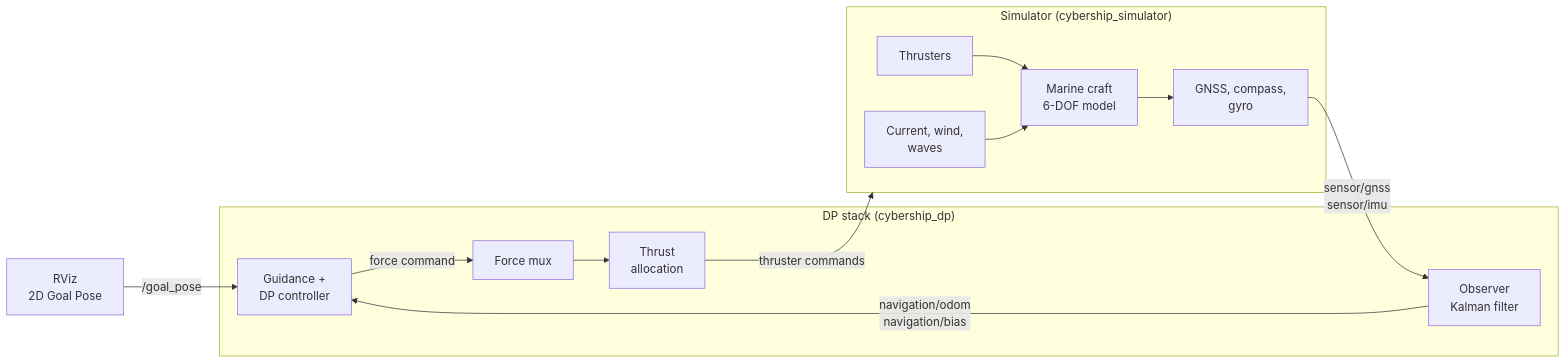
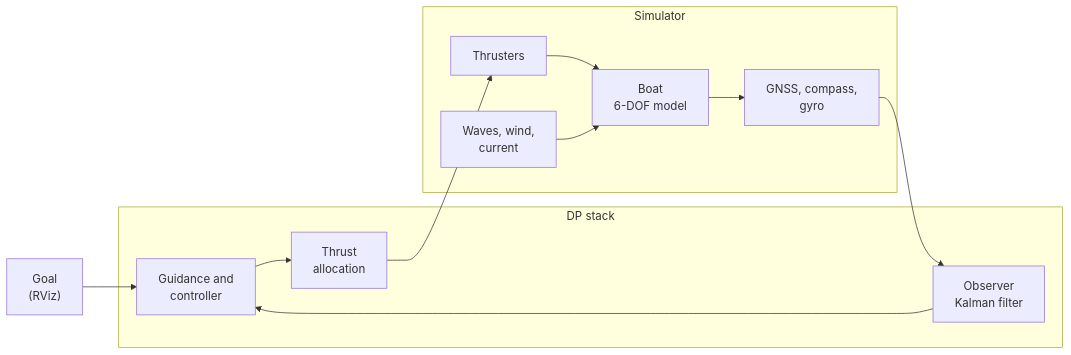
One commit to alihsar1kaya/cybership_blueboat changed the diagram in README.md. Above: the diagram before and after it, drawn with Mermaid. The commit also changed other lines of this file and 2 other files, not shown here.

Commit message:
Simpler README, default wave height 0.05 m for a small boat in calm water

````diff
--- a/README.md
+++ b/README.md
@@ -253,16 +175,15 @@
 ```mermaid
 flowchart LR
-    GOAL["RViz<br/>2D Goal Pose"] -->|/goal_pose| CTRL
-    subgraph DP["DP stack (cybership_dp)"]
-        OBS["Observer<br/>Kalman filter"] -->|navigation/odom<br/>navigation/bias| CTRL["Guidance +<br/>DP controller"]
-        CTRL -->|force command| MUX["Force mux"]
-        MUX --> ALLOC["Thrust<br/>allocation"]
+    GOAL["Goal<br/>(RViz)"] --> CTRL
+    subgraph DP["DP stack"]
+        OBS["Observer<br/>Kalman filter"] --> CTRL["Guidance and<br/>controller"]
+        CTRL --> ALLOC["Thrust<br/>allocation"]
     end
-    ALLOC -->|thruster commands| SIM
-    subgraph SIM["Simulator (cybership_simulator)"]
-        THR["Thrusters"] --> CRAFT["Marine craft<br/>6-DOF model"]
-        ENV["Current, wind,<br/>waves"] --> CRAFT
+    ALLOC --> THR
+    subgraph SIM["Simulator"]
+        THR["Thrusters"] --> CRAFT["Boat<br/>6-DOF model"]
+        ENV["Waves, wind,<br/>current"] --> CRAFT
         CRAFT --> SENS["GNSS, compass,<br/>gyro"]
     end
-    SENS -->|sensor/gnss<br/>sensor/imu| OBS
+    SENS --> OBS
 ```
````
